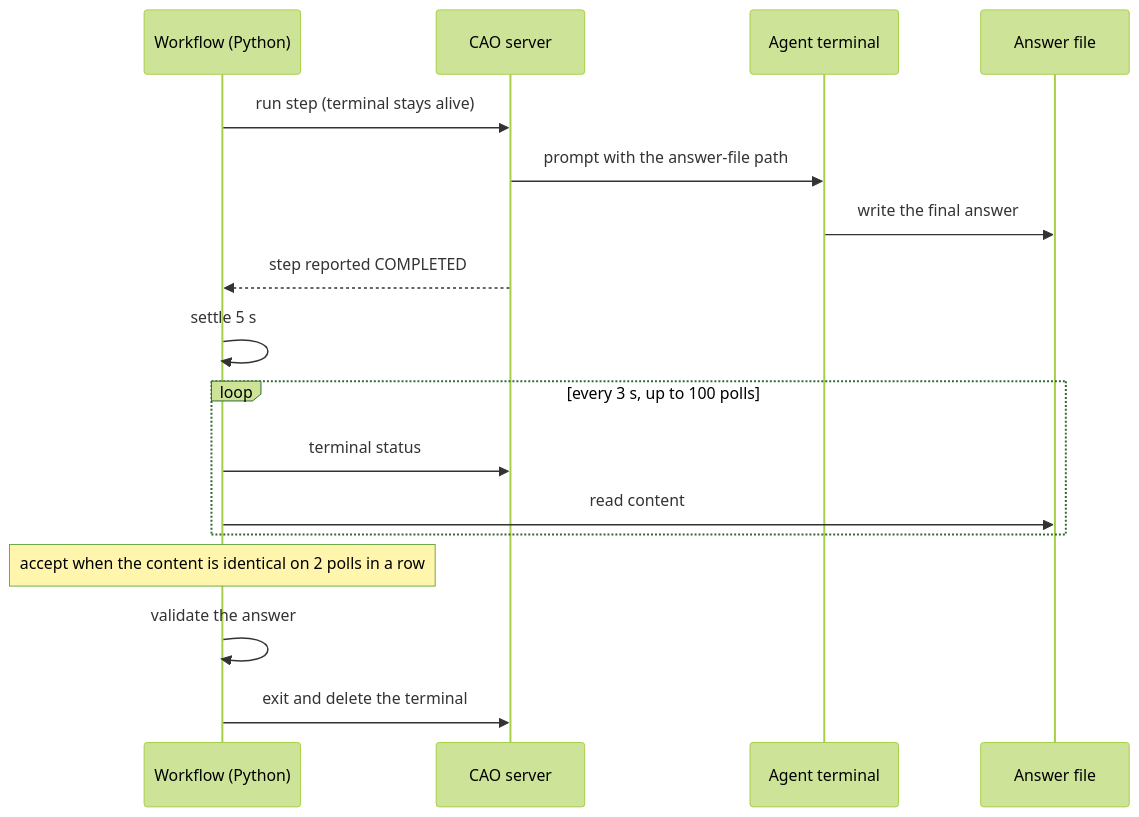
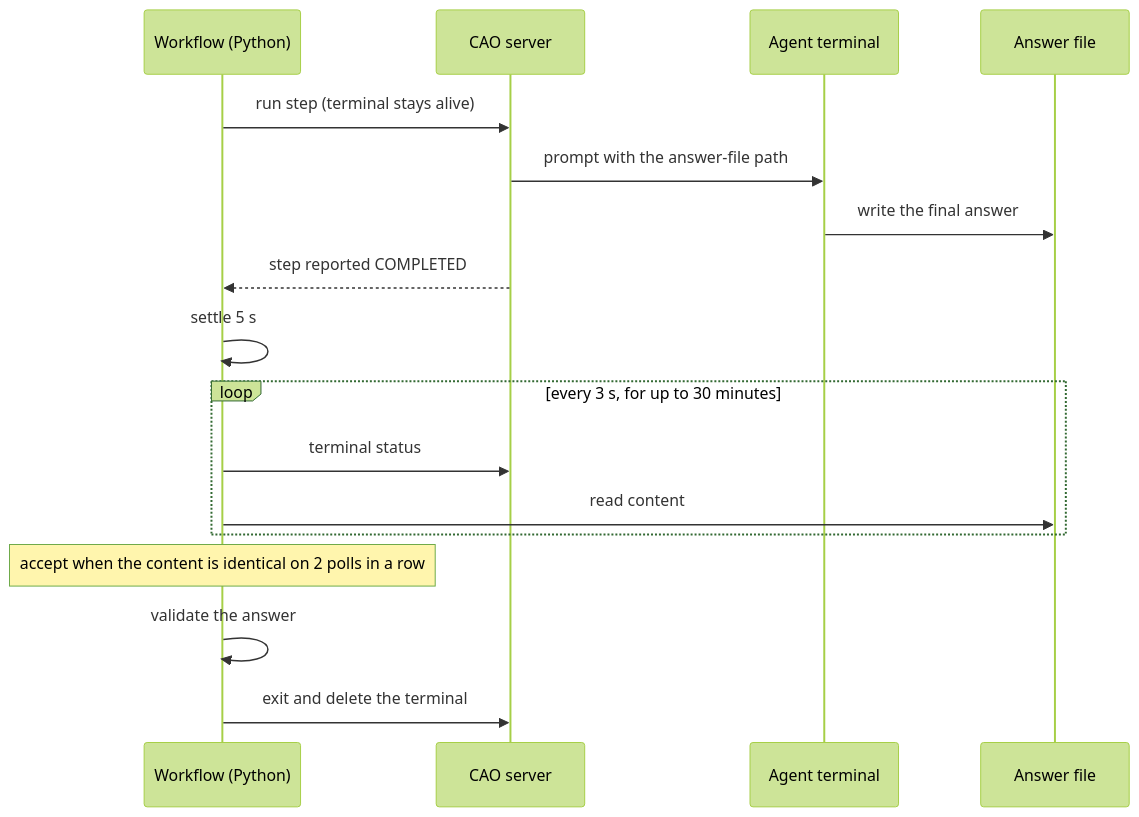
Before and after one commit to somr/awscao_agenticwflw: the first of 2 diagrams in agentic-sdlc-docs/reference/write-scope-hook.md, drawn with Mermaid (forest theme). The commit also changed other lines of this file and 1 other file, not shown here.

````diff
--- a/agentic-sdlc-docs/reference/write-scope-hook.md
+++ b/agentic-sdlc-docs/reference/write-scope-hook.md
@@ -23,19 +23,19 @@
 ```mermaid
 sequenceDiagram
     participant W as Workflow (Python)
     participant C as CAO server
     participant A as Agent terminal
     participant F as Answer file
     W->>C: run step (terminal stays alive)
     C->>A: prompt with the answer-file path
     A->>F: write the final answer
     C-->>W: step reported COMPLETED
     W->>W: settle 5 s
-    loop every 3 s, up to 100 polls
+    loop every 3 s, for up to 30 minutes
         W->>C: terminal status
         W->>F: read content
     end
     Note over W: accept when the content is identical on 2 polls in a row
     W->>W: validate the answer
     W->>C: exit and delete the terminal
 ```
````
